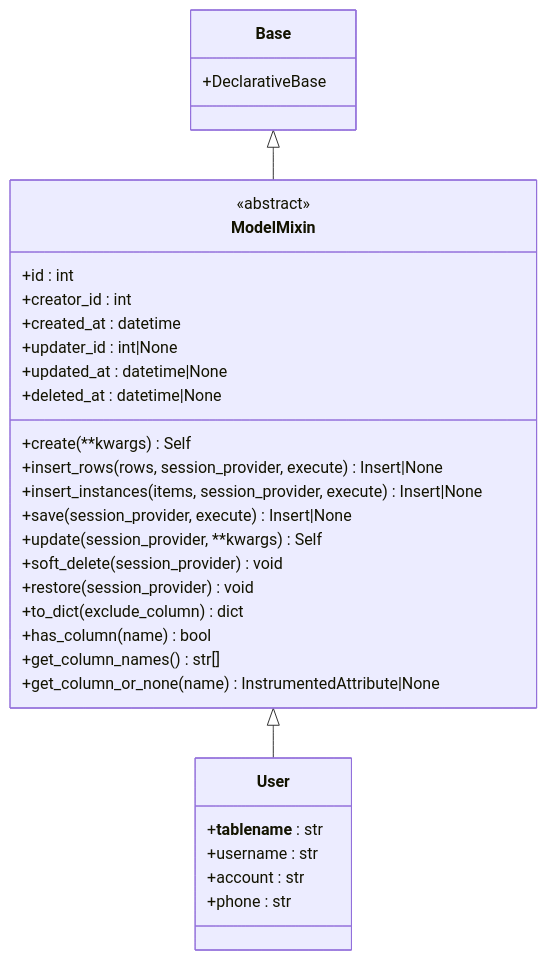
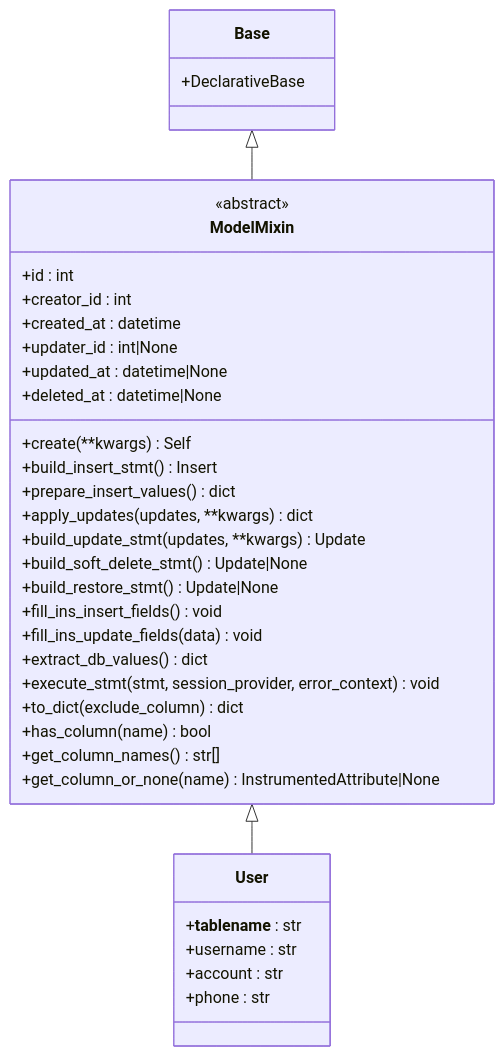
The third of 7 diagrams in .qoder/repowiki/zh/content/数据模型/模型继承体系.md (lilinzezzzzzz/fastapi-backend), drawn with Mermaid before and after one commit. The commit also changed other lines of this file and 38 other files, not shown here.

````diff
--- a/.qoder/repowiki/zh/content/数据模型/模型继承体系.md
+++ b/.qoder/repowiki/zh/content/数据模型/模型继承体系.md
@@ -155,34 +176,38 @@
 ```mermaid
 classDiagram
 class Base {
 +DeclarativeBase
 }
 class ModelMixin {
 <<abstract>>
 +id : int
 +creator_id : int
 +created_at : datetime
 +updater_id : int|None
 +updated_at : datetime|None
 +deleted_at : datetime|None
 +create(**kwargs) Self
-+insert_rows(rows, session_provider, execute) Insert|None
-+insert_instances(items, session_provider, execute) Insert|None
-+save(session_provider, execute) Insert|None
-+update(session_provider, **kwargs) Self
-+soft_delete(session_provider) void
-+restore(session_provider) void
++build_insert_stmt() Insert
++prepare_insert_values() dict
++apply_updates(updates, **kwargs) dict
++build_update_stmt(updates, **kwargs) Update
++build_soft_delete_stmt() Update|None
++build_restore_stmt() Update|None
++fill_ins_insert_fields() void
++fill_ins_update_fields(data) void
++extract_db_values() dict
++execute_stmt(stmt, session_provider, error_context) void
 +to_dict(exclude_column) dict
 +has_column(name) bool
 +get_column_names() str[]
 +get_column_or_none(name) InstrumentedAttribute|None
 }
 class User {
 +__tablename__ : str
 +username : str
 +account : str
 +phone : str
 }
 Base <|-- ModelMixin
 ModelMixin <|-- User
 ```
````
